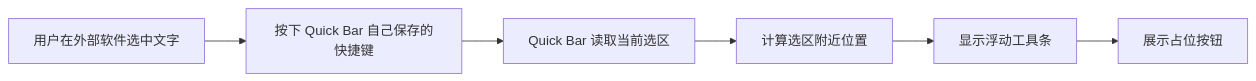
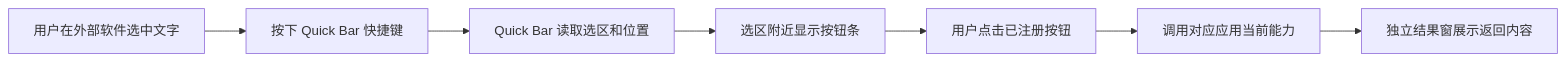
The first of 2 diagrams in apps/quick-bar/README.md (noelle-silva/fast-window), drawn with Mermaid before and after one commit. The commit also changed other lines of this file and 38 other files, not shown here.

````diff
--- a/apps/quick-bar/README.md
+++ b/apps/quick-bar/README.md
@@ -18,8 +18,9 @@
 ```mermaid
 flowchart LR
-  A[用户在外部软件选中文字] --> B[按下 Quick Bar 自己保存的快捷键]
-  B --> C[Quick Bar 读取当前选区]
-  C --> D[计算选区附近位置]
-  D --> E[显示浮动工具条]
-  E --> F[展示占位按钮]
+  A[用户在外部软件选中文字] --> B[按下 Quick Bar 快捷键]
+  B --> C[Quick Bar 读取选区和位置]
+  C --> D[选区附近显示按钮条]
+  D --> E[用户点击已注册按钮]
+  E --> F[调用对应应用当前能力]
+  F --> G[独立结果窗展示返回内容]
 ```
````
